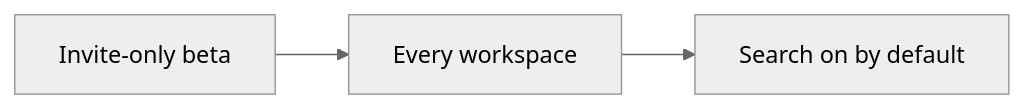
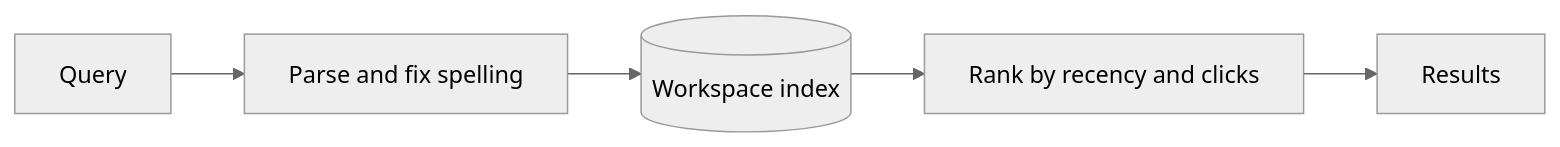
The diagram in demo/sample-docs/launch-review.md (dvquy13/margent), drawn with Mermaid (neutral theme) before and after one commit. The commit also changed other lines of this file and 3 other files, not shown here.

First line of the commit message:
chore: demo doc shows a Mermaid flow and a rollout island; capture measures sizes

````diff
--- a/demo/sample-docs/launch-review.md
+++ b/demo/sample-docs/launch-review.md
@@ -25,4 +25,4 @@
 ```mermaid
 flowchart LR
-  beta[Invite-only beta] --> all[Every workspace] --> default[Search on by default]:::accent
+  query[Query] --> parse[Parse and fix spelling] --> index[(Workspace index)] --> rank[Rank by recency and clicks] --> results[Results]:::accent
 ```
````
